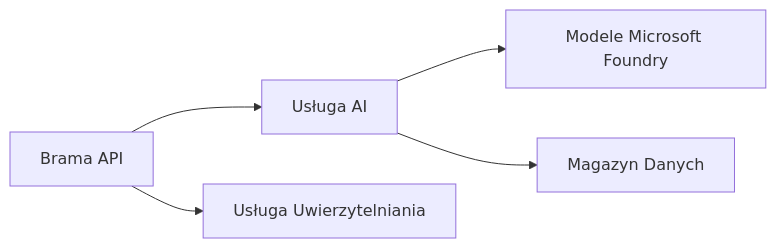
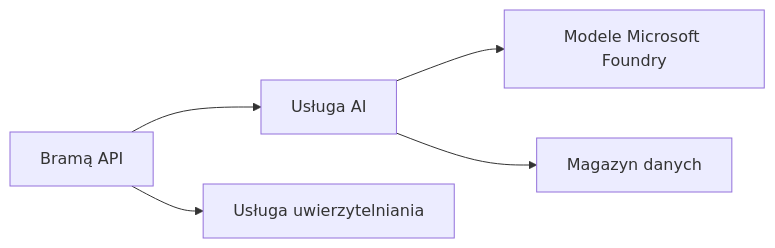
One commit to microsoft/AZD-for-beginners changed the first of 2 diagrams in translations/pl/docs/chapter-08-production/README.md. Above: the diagram before and after it, drawn with Mermaid. The commit also changed other lines of this file and 61 other files, not shown here.

````diff
--- a/translations/pl/docs/chapter-08-production/README.md
+++ b/translations/pl/docs/chapter-08-production/README.md
@@ -48,6 +48,6 @@
 ```mermaid
 graph LR
-    Gateway[Brama API] --> AI[Usługa AI] --> Models[Modele Microsoft Foundry]
-    Gateway --> Auth[Usługa Uwierzytelniania]
-    AI --> Data[Magazyn Danych]
+    Gateway[Bramą API] --> AI[Usługa AI] --> Models[Modele Microsoft Foundry]
+    Gateway --> Auth[Usługa uwierzytelniania]
+    AI --> Data[Magazyn danych]
 ```
````
